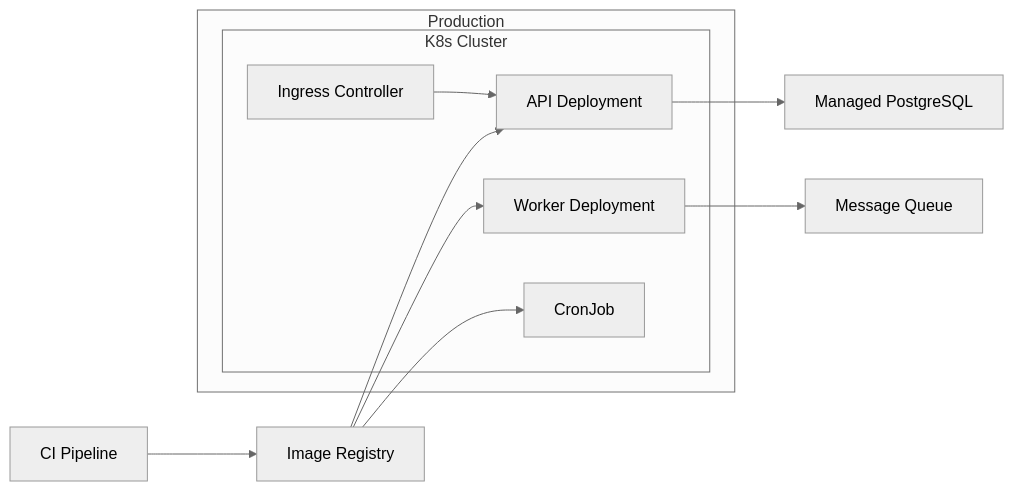
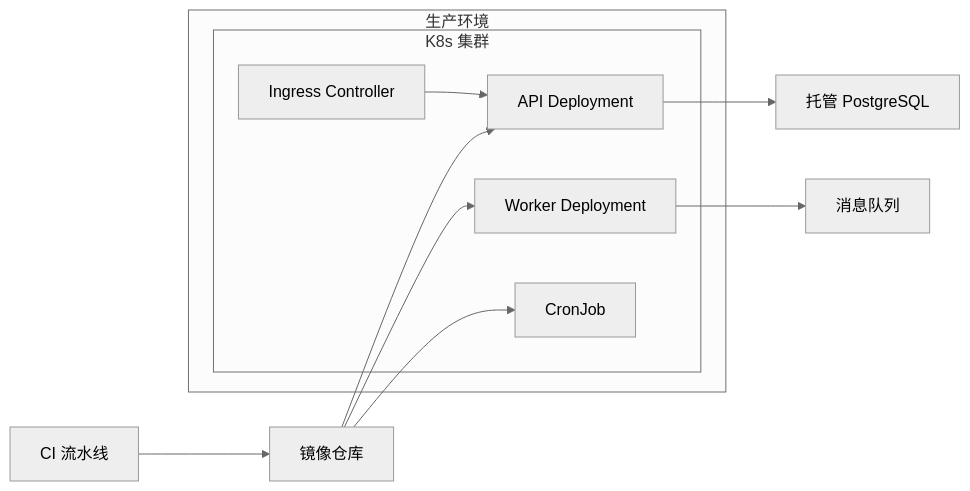
The second of 2 diagrams in architecture-diagrams/references/diagram-rules.md (reaperhero/codex_skills), drawn with Mermaid (neutral theme) before and after one commit. The commit also changed other lines of this file and 6 other files, not shown here.

````diff
--- a/architecture-diagrams/references/diagram-rules.md
+++ b/architecture-diagrams/references/diagram-rules.md
@@ -54,20 +54,20 @@
 ```mermaid
 flowchart LR
-  ci["CI Pipeline"] --> registry["Image Registry"]
+  ci["CI 流水线"] --> registry["镜像仓库"]
 
-  subgraph prod["Production"]
-    subgraph cluster["K8s Cluster"]
+  subgraph prod["生产环境"]
+    subgraph cluster["K8s 集群"]
       ingress["Ingress Controller"]
       api["API Deployment"]
       worker["Worker Deployment"]
       cron["CronJob"]
     end
   end
 
   registry --> api
   registry --> worker
   registry --> cron
   ingress --> api
-  api --> db["Managed PostgreSQL"]
-  worker --> mq["Message Queue"]
+  api --> db["托管 PostgreSQL"]
+  worker --> mq["消息队列"]
 ```
````
